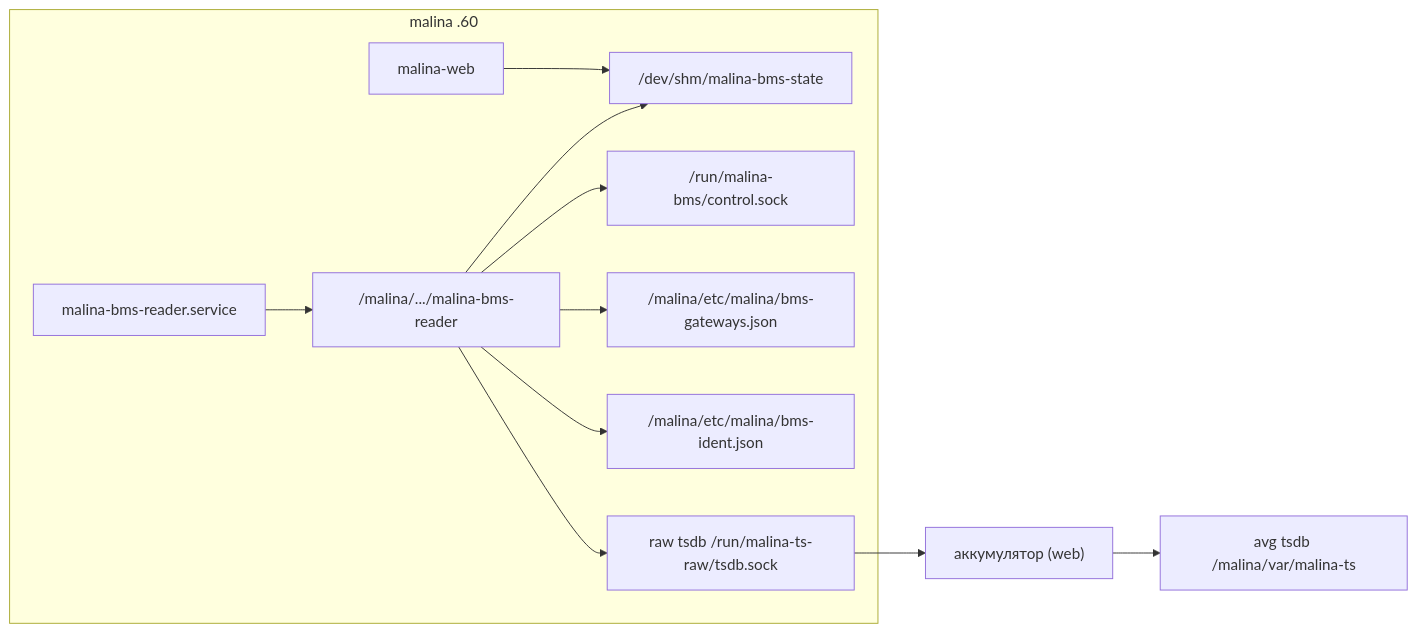
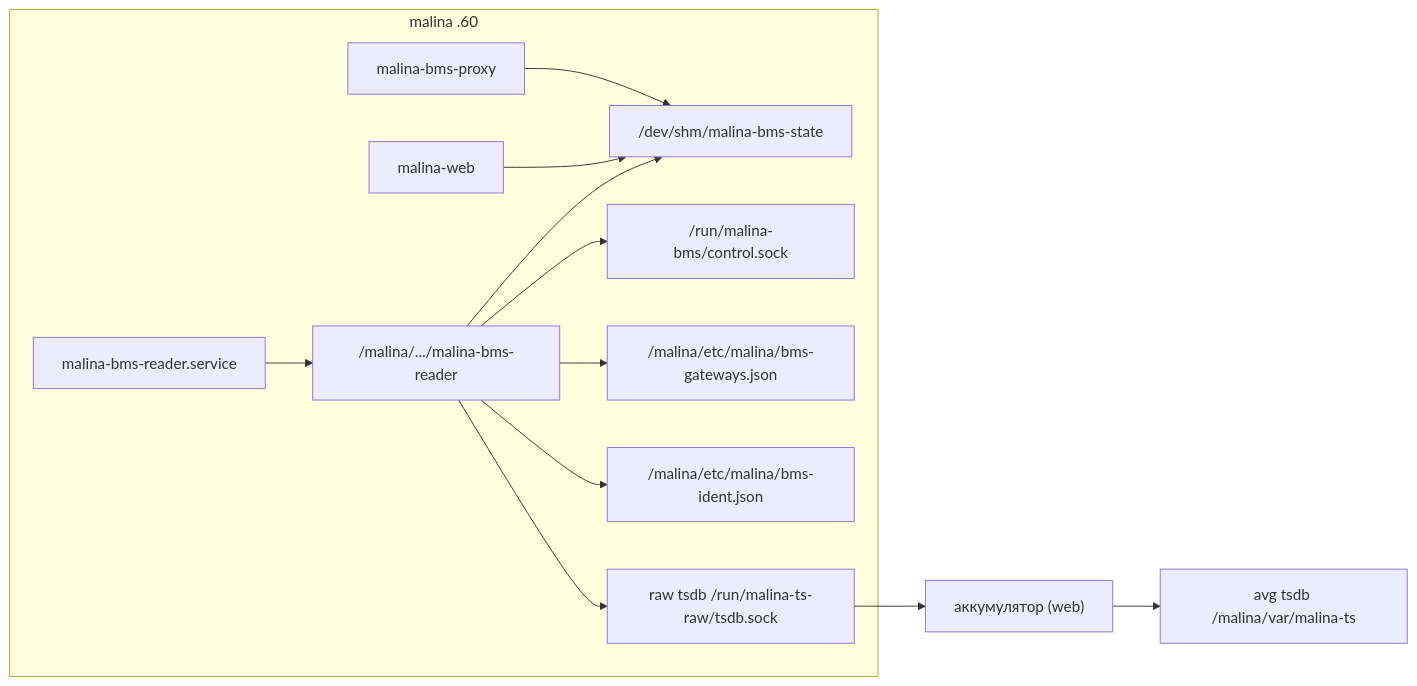
Before and after one commit to galiy/malina-26: diagram 11 of 11 in docs/bms-reader-arch.md, drawn with Mermaid. The commit also changed other lines of this file and 38 other files, not shown here.

````diff
--- a/docs/bms-reader-arch.md
+++ b/docs/bms-reader-arch.md
@@ -544,14 +547,15 @@
 ```mermaid
 flowchart LR
   subgraph Pi["malina .60"]
     UNIT["malina-bms-reader.service"] --> BIN["/malina/.../malina-bms-reader"]
     BIN --> SHM["/dev/shm/malina-bms-state"]
     BIN --> SOCK["/run/malina-bms/control.sock"]
     BIN --> CFG["/malina/etc/malina/bms-gateways.json"]
     BIN --> IDENT["/malina/etc/malina/bms-ident.json"]
     BIN --> RAW["raw tsdb /run/malina-ts-raw/tsdb.sock"]
     WEB["malina-web"] --> SHM
+    PROXY["malina-bms-proxy"] --> SHM
   end
   ACC["аккумулятор (web)"] --> TS["avg tsdb /malina/var/malina-ts"]
   RAW --> ACC
 ```
````
